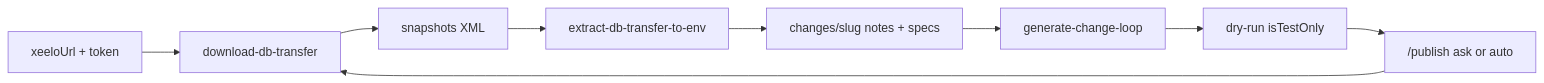
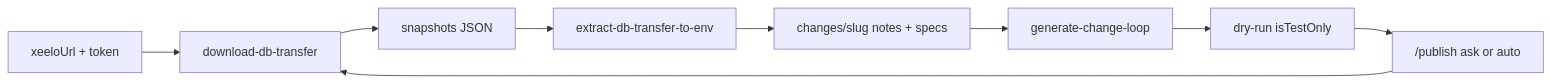
The diagram in AGENT.md (IntelStudios/xeelo-skills), drawn with Mermaid before and after one commit. The commit also changed other lines of this file and 29 other files, not shown here.

First line of the commit message:
Switch DB snapshots to JSON and support on-grid totals and inbox sort.

````diff
--- a/AGENT.md
+++ b/AGENT.md
@@ -40,11 +40,11 @@
 ```mermaid
 flowchart LR
   Creds["xeeloUrl + token"] --> DL[download-db-transfer]
-  DL --> Snap[snapshots XML]
+  DL --> Snap[snapshots JSON]
   Snap --> Env[extract-db-transfer-to-env]
   Env --> Loop[changes/slug notes + specs]
   Loop --> OT[generate-change-loop]
   OT --> Test["dry-run isTestOnly"]
   Test --> Pub["/publish ask or auto"]
   Pub --> DL
 ```
````
